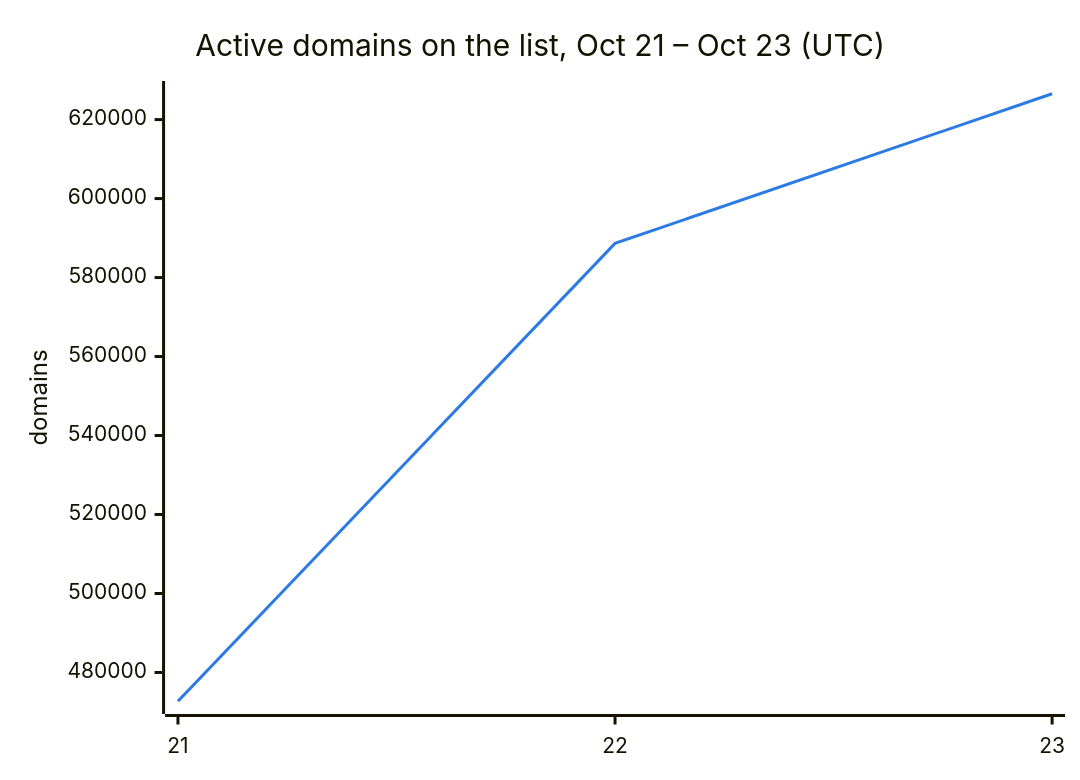
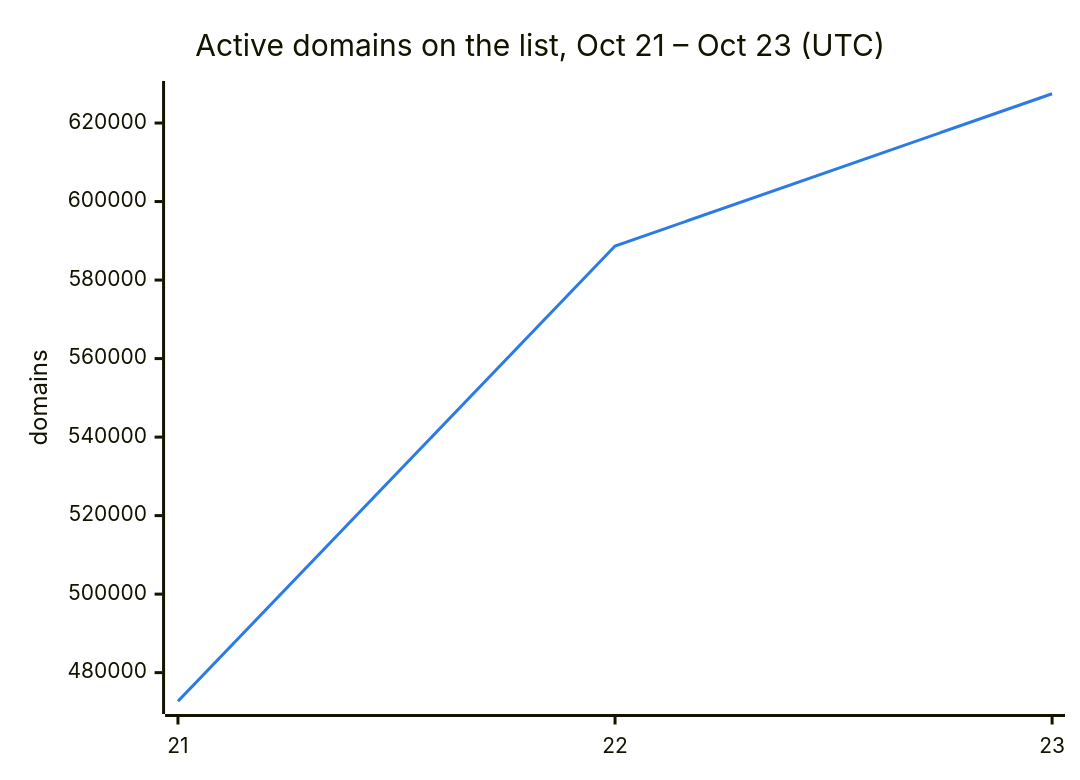
Before and after one commit to DNSBunker/CTI: the second of 3 diagrams in README.md, drawn with Mermaid. The commit also changed other lines of this file and 3 other files, not shown here.

````diff
--- a/README.md
+++ b/README.md
@@ -38,8 +38,8 @@
 ```mermaid
 %%{init: {"themeVariables": {"xyChart": {"plotColorPalette": "#2c7be5"}}}}%%
 xychart-beta
     title "Active domains on the list, Oct 21 – Oct 23 (UTC)"
     x-axis ["21", "22", "23"]
     y-axis "domains"
-    line [472713, 588659, 626540]
+    line [472713, 588659, 627459]
 ```
````
